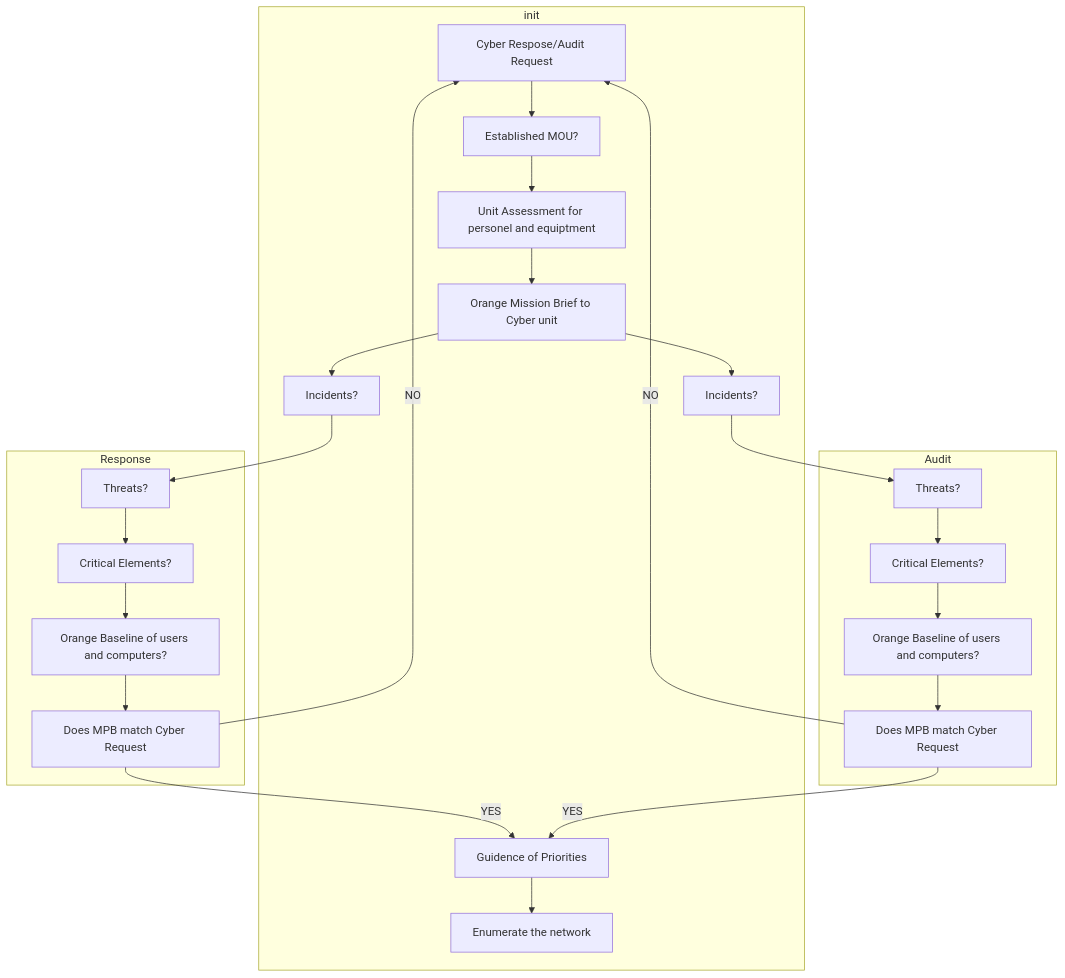
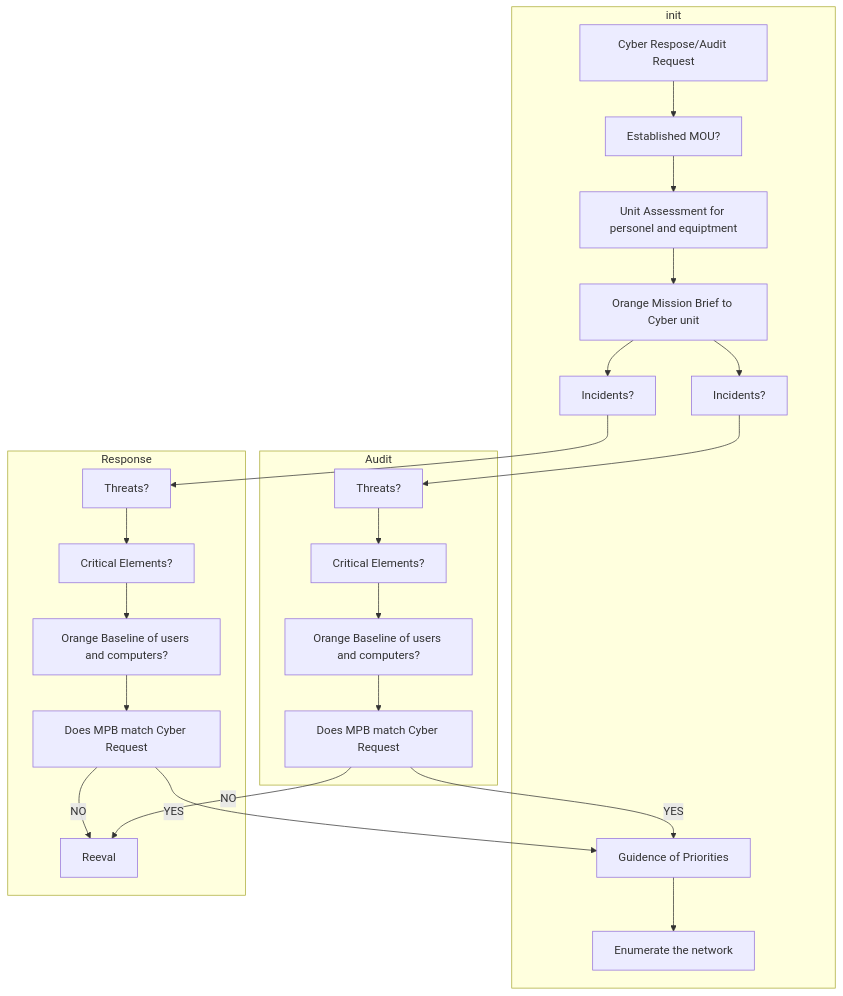
Before and after one commit to huntmckay/cyberflow: the diagram in flow.md, drawn with Mermaid.

Commit message:
updates command flow

````diff
--- a/flow.md
+++ b/flow.md
@@ -1,39 +1,39 @@
 ```mermaid
 ---
 Title: Command planning phase
 ---
 flowchart TD
     subgraph init
     A[Cyber Respose/Audit Request]
     B[Established MOU?]
     C[Unit Assessment for personel and equiptment]
     D[Orange Mission Brief to Cyber unit]
     H[Guidence of Priorities]
     A --> B
     B --> C
     C --> D
     D --> k1
     D --> r1
     H --> I[Enumerate the network]
     end
 
     subgraph Response
     r1[Incidents?] --> r2
     r2[Threats?] --> r3
     r3[Critical Elements?] --> r4
     r4[Orange Baseline of users and computers?] --> r5
     r5[Does MPB match Cyber Request]
-    r5 --> |NO| A
+    r5 --> |NO| Reeval
     r5 --> |YES| H
     end
 
     subgraph Audit
     k1[Incidents?] --> k2
     k2[Threats?] --> k3
     k3[Critical Elements?] --> k4
     k4[Orange Baseline of users and computers?] --> k5
     k5[Does MPB match Cyber Request]
-    k5 --> |NO| A
+    k5 --> |NO| Reeval
     k5 --> |YES| H
     end
 ```
````
